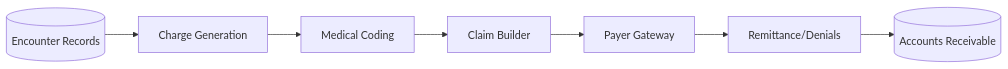
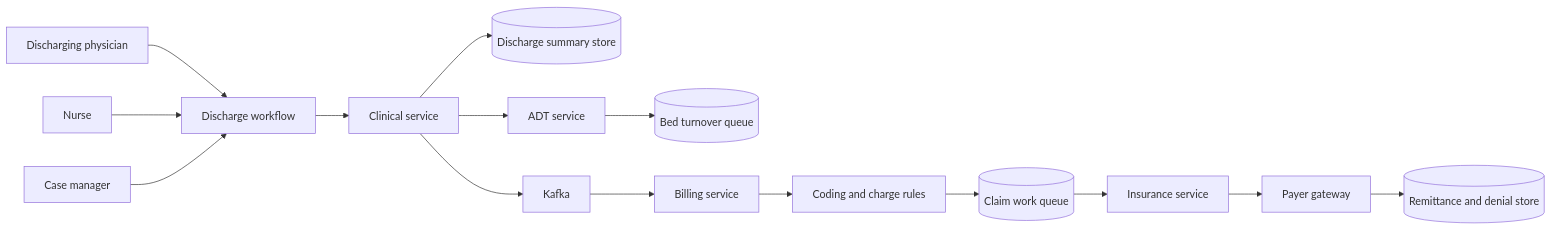
Before and after one commit to 0Ankit0/Project-Ideas: the third of 4 diagrams in Hospital Information System/high-level-design/data-flow-diagrams.md, drawn with Mermaid. The commit also changed other lines of this file and 18 other files, not shown here.

````diff
--- a/Hospital Information System/high-level-design/data-flow-diagrams.md
+++ b/Hospital Information System/high-level-design/data-flow-diagrams.md
@@ -19,9 +57,17 @@
 ```mermaid
 flowchart LR
-    EncounterStore[(Encounter Records)] --> ChargeEngine[Charge Generation]
-    ChargeEngine --> Coding[Medical Coding]
-    Coding --> Claims[Claim Builder]
-    Claims --> PayerGateway[Payer Gateway]
-    PayerGateway --> Remit[Remittance/Denials]
-    Remit --> AR[(Accounts Receivable)]
+    Physician[Discharging physician] --> Discharge[Discharge workflow]
+    Nurse[Nurse] --> Discharge
+    CaseMgr[Case manager] --> Discharge
+    Discharge --> Clinical[Clinical service]
+    Clinical --> Summary[(Discharge summary store)]
+    Clinical --> ADT[ADT service]
+    ADT --> BedRelease[(Bed turnover queue)]
+    Clinical --> Kafka[Kafka]
+    Kafka --> Billing[Billing service]
+    Billing --> Coding[Coding and charge rules]
+    Coding --> Claim[(Claim work queue)]
+    Claim --> Insurance[Insurance service]
+    Insurance --> Payer[Payer gateway]
+    Payer --> Remit[(Remittance and denial store)]
 ```
````
